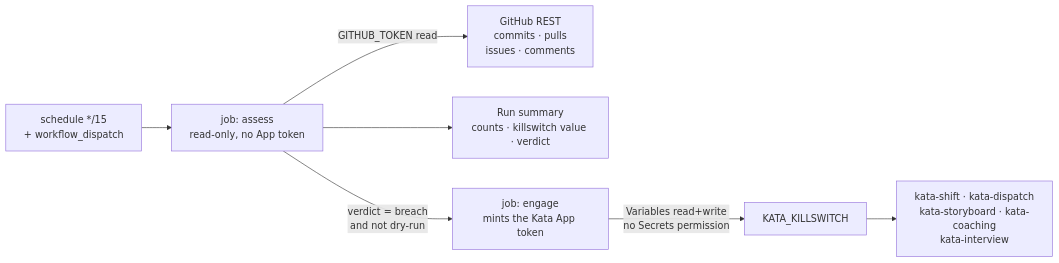
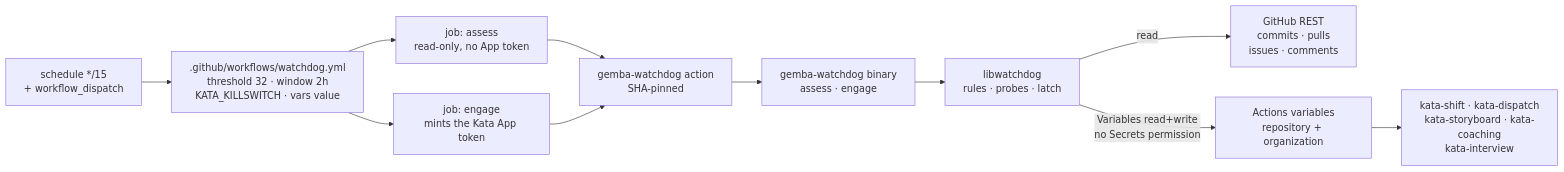
Before and after one commit to forwardimpact/monorepo: the first of 2 diagrams in specs/2330-kata-watchdog-workflow/design-a.md, drawn with Mermaid. The commit also changed other lines of this file and 1 other file, not shown here.

First line of the commit message:
design(2330): refine the watchdog into libwatchdog and a gemba CLI (#2128)

````diff
--- a/specs/2330-kata-watchdog-workflow/design-a.md
+++ b/specs/2330-kata-watchdog-workflow/design-a.md
@@ -10,9 +13,13 @@
 ```mermaid
 graph LR
-    CR["schedule */15<br/>+ workflow_dispatch"] --> AS["job: assess<br/>read-only, no App token"]
-    AS -->|"GITHUB_TOKEN read"| API["GitHub REST<br/>commits · pulls<br/>issues · comments"]
-    AS --> SUM["Run summary<br/>counts · killswitch value · verdict"]
-    AS -->|"verdict = breach<br/>and not dry-run"| EN["job: engage<br/>mints the Kata App token"]
-    EN -->|"Variables read+write<br/>no Secrets permission"| KS["KATA_KILLSWITCH"]
+    CR["schedule */15<br/>+ workflow_dispatch"] --> WF[".github/workflows/watchdog.yml<br/>threshold 32 · window 2h<br/>KATA_KILLSWITCH · vars value"]
+    WF --> AS["job: assess<br/>read-only, no App token"]
+    WF --> EN["job: engage<br/>mints the Kata App token"]
+    AS --> ACT["gemba-watchdog action<br/>SHA-pinned"]
+    EN --> ACT
+    ACT --> CLI["gemba-watchdog binary<br/>assess · engage"]
+    CLI --> LIB["libwatchdog<br/>rules · probes · latch"]
+    LIB -->|"read"| API["GitHub REST<br/>commits · pulls<br/>issues · comments"]
+    LIB -->|"Variables read+write<br/>no Secrets permission"| KS["Actions variables<br/>repository + organization"]
     KS --> KW["kata-shift · kata-dispatch<br/>kata-storyboard · kata-coaching<br/>kata-interview"]
 ```
````
